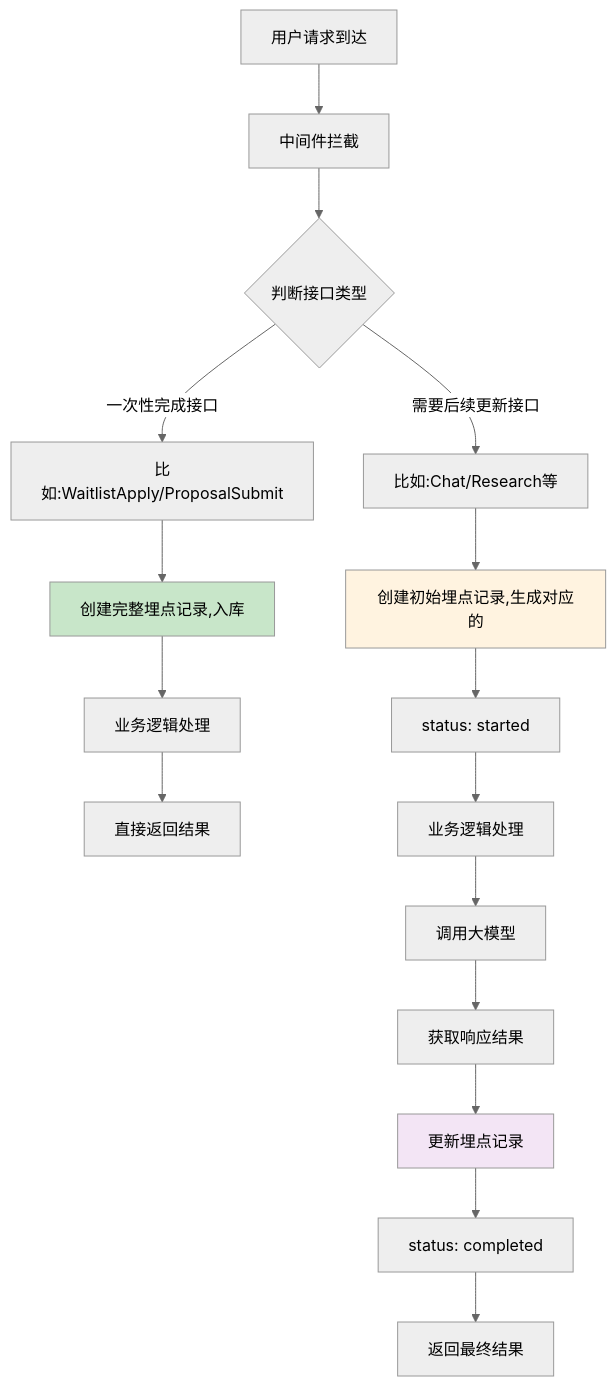
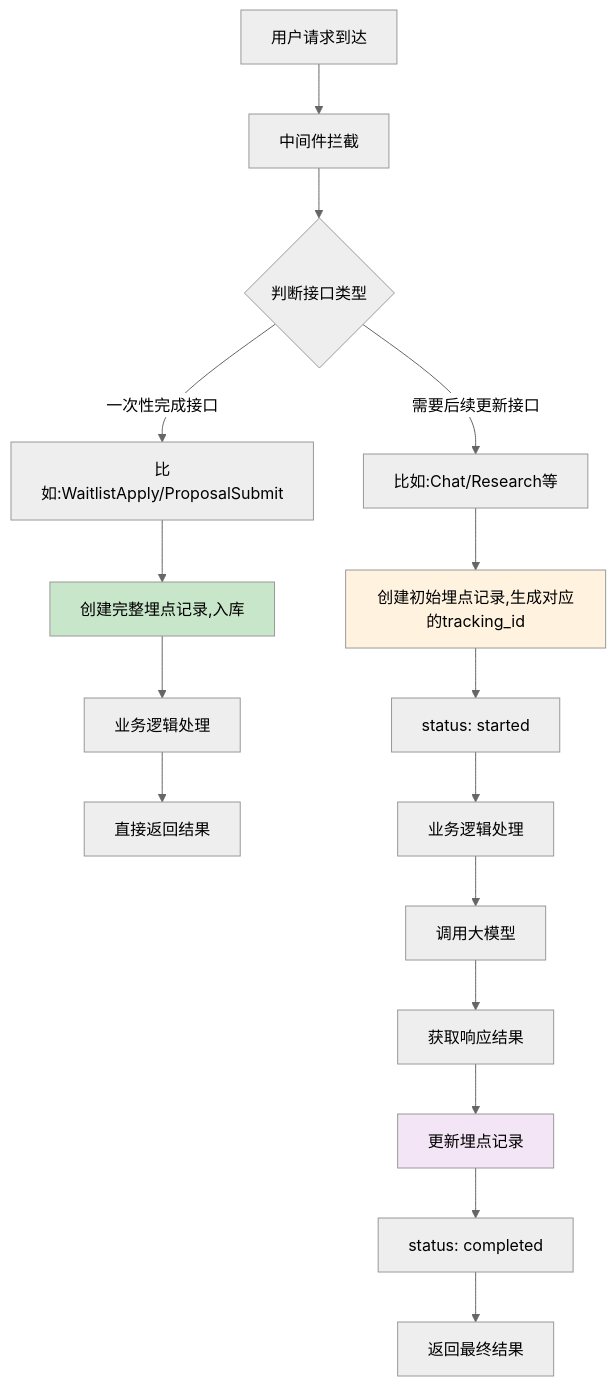
Before and after one commit to yingjianzh/iodraw-files: the diagram in all/未命名-78.md, drawn with Mermaid (neutral theme).

Commit message:
2025-07-08 17:17:14 update

````diff
--- a/all/未命名-78.md
+++ b/all/未命名-78.md
@@ -1,25 +1,25 @@
 ```mermaid
 flowchart TD
     A[用户请求到达] --> B[中间件拦截]
     B --> C{判断接口类型}
     
     C -->|一次性完成接口| D[比如:WaitlistApply/ProposalSubmit]
     C -->|需要后续更新接口| E[比如:Chat/Research等]
     
     D --> F[创建完整埋点记录,入库]
     F --> H[业务逻辑处理]
     H --> I[直接返回结果]
     
-    E --> J[创建初始埋点记录,生成对应的]
+    E --> J[创建初始埋点记录,生成对应的tracking_id]
     J --> K[status: started]
     K --> L[业务逻辑处理]
     L --> M[调用大模型]
     M --> N[获取响应结果]
     N --> O[更新埋点记录]
     O --> P[status: completed]
     P --> Q[返回最终结果]
     
     style F fill:#c8e6c9
     style J fill:#fff3e0
     style O fill:#f3e5f5
 ```
````
